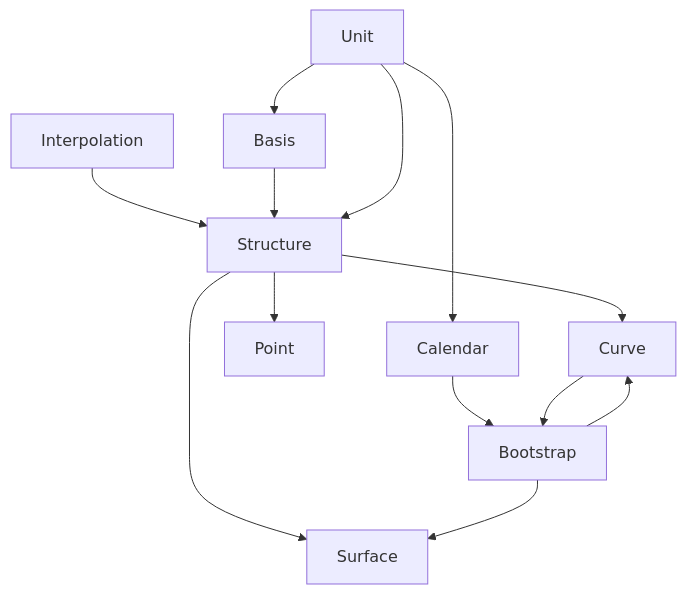
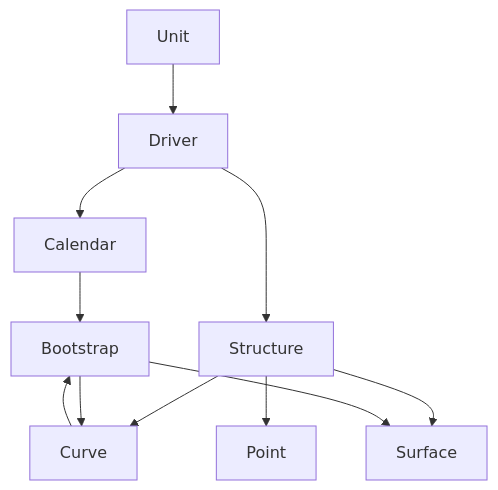
Before and after one commit to tristanvandevelde/finstruct: the diagram in README.md, drawn with Mermaid.

````diff
--- a/README.md
+++ b/README.md
@@ -32,15 +32,13 @@
 ```mermaid
 graph TD;
-    Unit-->Basis;
-    Interpolation-->Structure;
-    Unit-->Calendar;
-    Basis-->Structure;
-    Unit-->Structure;
+    Unit-->Driver;
+    Driver-->Calendar;
+    Driver-->Structure;
     Structure-->Point;
     Structure-->Curve;
     Structure-->Surface;
     Calendar-->Bootstrap;
     Bootstrap-->Curve;
     Curve-->Bootstrap;
     Bootstrap-->Surface;
 ```
````
